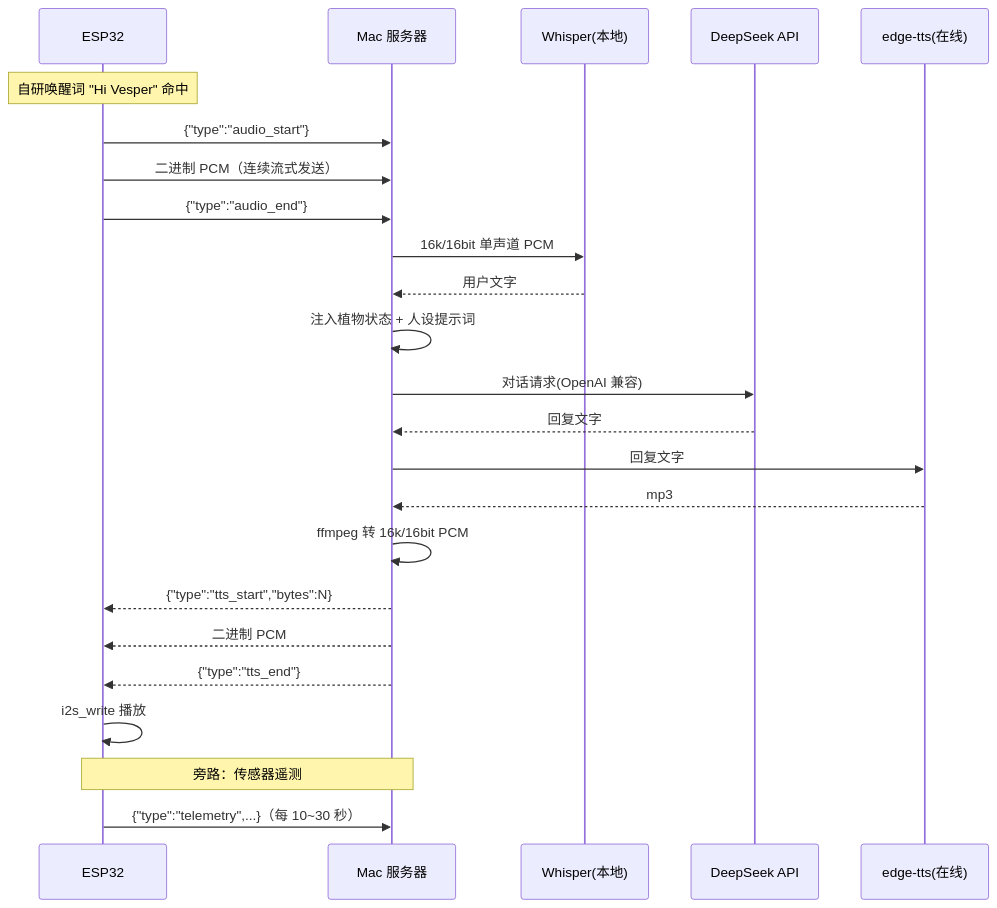
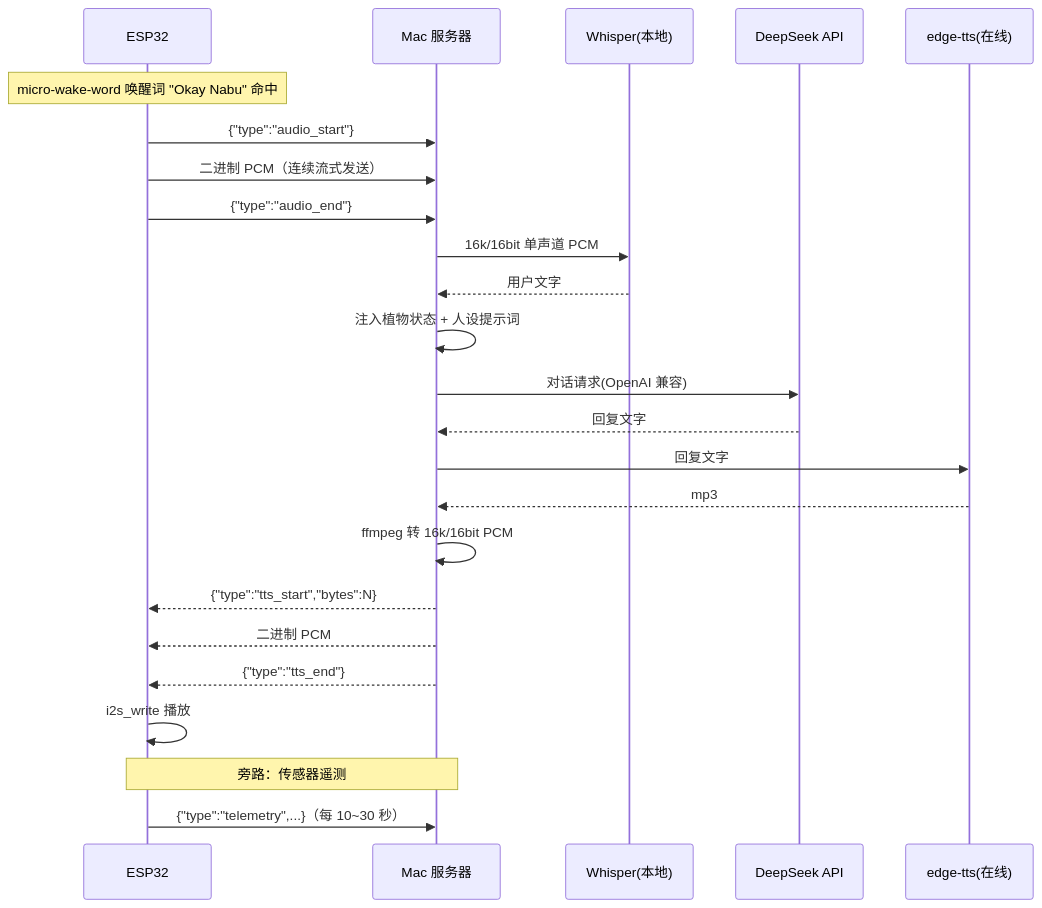
Before and after one commit to Hongzhen-Liang/Viora: the diagram in README.md, drawn with Mermaid. The commit also changed other lines of this file and 47 other files, not shown here.

````diff
--- a/README.md
+++ b/README.md
@@ -23,28 +23,28 @@
 ```mermaid
 sequenceDiagram
     participant E as ESP32
     participant S as Mac 服务器
     participant W as Whisper(本地)
     participant D as DeepSeek API
     participant T as edge-tts(在线)
 
-    Note over E: 自研唤醒词 "Hi Vesper" 命中
+    Note over E: micro-wake-word 唤醒词 "Okay Nabu" 命中
     E->>S: {"type":"audio_start"}
     E->>S: 二进制 PCM（连续流式发送）
     E->>S: {"type":"audio_end"}
     S->>W: 16k/16bit 单声道 PCM
     W-->>S: 用户文字
     S->>S: 注入植物状态 + 人设提示词
     S->>D: 对话请求(OpenAI 兼容)
     D-->>S: 回复文字
     S->>T: 回复文字
     T-->>S: mp3
     S->>S: ffmpeg 转 16k/16bit PCM
     S-->>E: {"type":"tts_start","bytes":N}
     S-->>E: 二进制 PCM
     S-->>E: {"type":"tts_end"}
     E->>E: i2s_write 播放
 
     Note over E,S: 旁路：传感器遥测
     E->>S: {"type":"telemetry",...}（每 10~30 秒）
 ```
````
